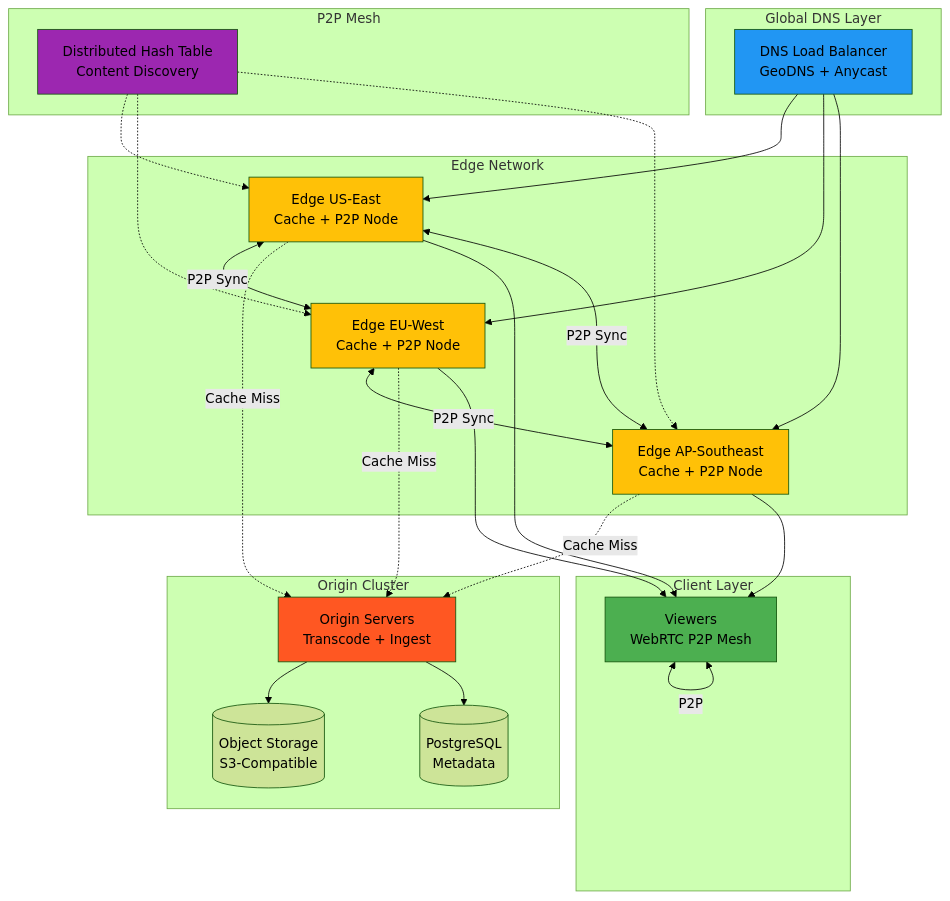
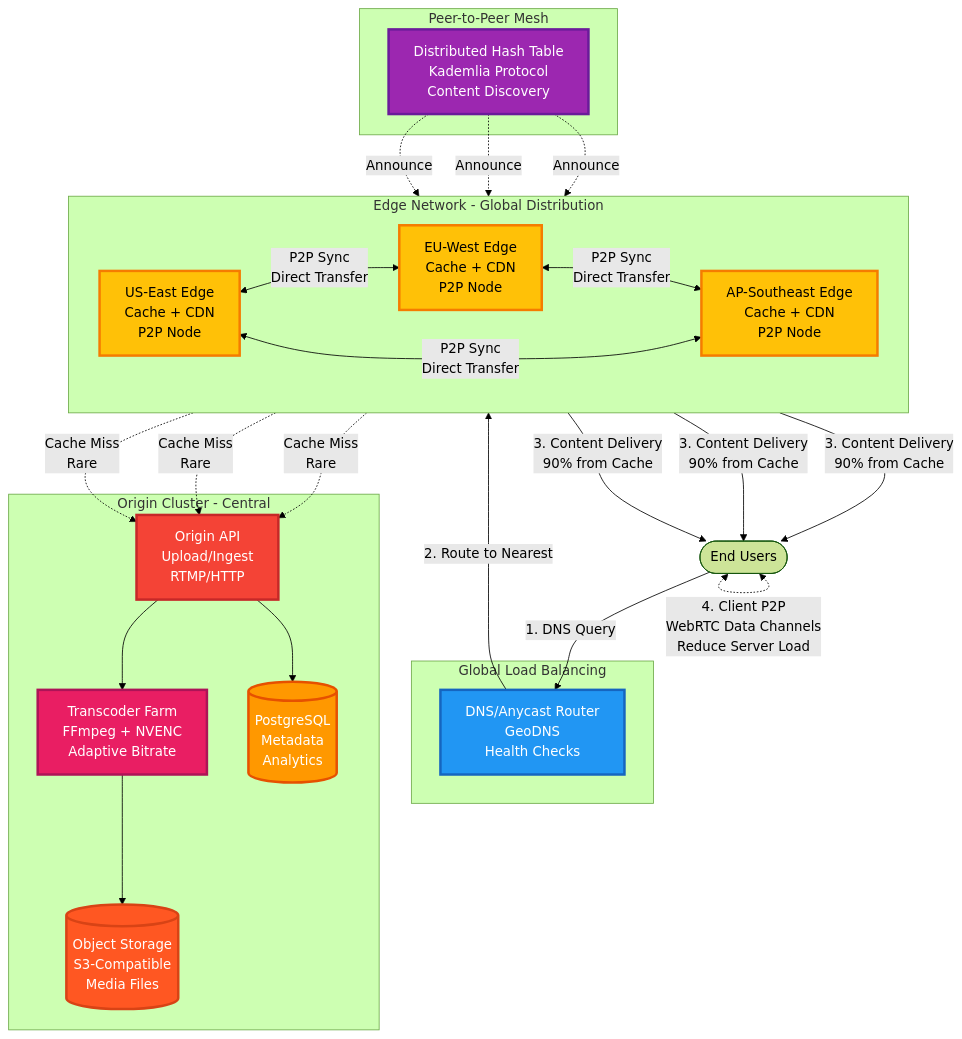
Before and after one commit to Independent-AI-Labs/AMI-STREAMS: the second of 3 diagrams in README.md, drawn with Mermaid (forest theme). The commit also changed other lines of this file, not shown here.

Commit message:
docs: redesign Mermaid diagrams with professional layouts, detailed labels, and clear information architecture

````diff
--- a/README.md
+++ b/README.md
@@ -84,56 +102,95 @@
 ```mermaid
-graph TB
-    subgraph "Global DNS Layer"
-        DNS[DNS Load Balancer<br/>GeoDNS + Anycast]
+flowchart TB
+    Clients([End Users])
+
+    subgraph DNS["Global Load Balancing"]
+        LB["DNS/Anycast Router
+        GeoDNS
+        Health Checks"]
     end
 
-    subgraph "Edge Network"
-        Edge1[Edge US-East<br/>Cache + P2P Node]
-        Edge2[Edge EU-West<br/>Cache + P2P Node]
-        Edge3[Edge AP-Southeast<br/>Cache + P2P Node]
+    subgraph EdgeLayer["Edge Network - Global Distribution"]
+        direction LR
+        EdgeUS["US-East Edge
+        Cache + CDN
+        P2P Node"]
+
+        EdgeEU["EU-West Edge
+        Cache + CDN
+        P2P Node"]
+
+        EdgeAP["AP-Southeast Edge
+        Cache + CDN
+        P2P Node"]
     end
 
-    subgraph "P2P Mesh"
-        DHT[Distributed Hash Table<br/>Content Discovery]
-        Edge1 <-->|P2P Sync| Edge2
-        Edge2 <-->|P2P Sync| Edge3
-        Edge3 <-->|P2P Sync| Edge1
-        DHT -.-> Edge1
-        DHT -.-> Edge2
-        DHT -.-> Edge3
+    subgraph P2P["Peer-to-Peer Mesh"]
+        DHT["Distributed Hash Table
+        Kademlia Protocol
+        Content Discovery"]
+
+        EdgeUS <-->|"P2P Sync
+        Direct Transfer"| EdgeEU
+        EdgeEU <-->|"P2P Sync
+        Direct Transfer"| EdgeAP
+        EdgeAP <-->|"P2P Sync
+        Direct Transfer"| EdgeUS
+
+        DHT -.->|Announce| EdgeUS
+        DHT -.->|Announce| EdgeEU
+        DHT -.->|Announce| EdgeAP
     end
 
-    subgraph "Origin Cluster"
-        Origin[Origin Servers<br/>Transcode + Ingest]
-        Storage[(Object Storage<br/>S3-Compatible)]
-        Metadata[(PostgreSQL<br/>Metadata)]
+    subgraph Origin["Origin Cluster - Central"]
+        OriginAPI["Origin API
+        Upload/Ingest
+        RTMP/HTTP"]
+
+        Transcoder["Transcoder Farm
+        FFmpeg + NVENC
+        Adaptive Bitrate"]
+
+        Storage[("Object Storage
+        S3-Compatible
+        Media Files")]
+
+        MetaDB[("PostgreSQL
+        Metadata
+        Analytics")]
+
+        OriginAPI --> Transcoder
+        Transcoder --> Storage
+        OriginAPI --> MetaDB
     end
 
-    subgraph "Client Layer"
-        Clients[Viewers<br/>WebRTC P2P Mesh]
-    end
+    Clients -->|"1. DNS Query"| LB
+    LB -->|"2. Route to Nearest"| EdgeLayer
 
-    DNS --> Edge1
-    DNS --> Edge2
-    DNS --> Edge3
+    EdgeUS -.->|"Cache Miss
+    Rare"| OriginAPI
+    EdgeEU -.->|"Cache Miss
+    Rare"| OriginAPI
+    EdgeAP -.->|"Cache Miss
+    Rare"| OriginAPI
 
-    Edge1 -.->|Cache Miss| Origin
-    Edge2 -.->|Cache Miss| Origin
-    Edge3 -.->|Cache Miss| Origin
+    EdgeUS -->|"3. Content Delivery
+    90% from Cache"| Clients
+    EdgeEU -->|"3. Content Delivery
+    90% from Cache"| Clients
+    EdgeAP -->|"3. Content Delivery
+    90% from Cache"| Clients
 
-    Origin --> Storage
-    Origin --> Metadata
+    Clients <-.->|"4. Client P2P
+    WebRTC Data Channels
+    Reduce Server Load"| Clients
 
-    Edge1 --> Clients
-    Edge2 --> Clients
-    Edge3 --> Clients
-    Clients <-->|P2P| Clients
-
-    style DNS fill:#2196F3
-    style Edge1 fill:#FFC107
-    style Edge2 fill:#FFC107
-    style Edge3 fill:#FFC107
-    style DHT fill:#9C27B0
-    style Origin fill:#FF5722
-    style Clients fill:#4CAF50
+    style LB fill:#2196F3,stroke:#1565C0,stroke-width:3px,color:#fff
+    style EdgeUS fill:#FFC107,stroke:#F57C00,stroke-width:3px,color:#000
+    style EdgeEU fill:#FFC107,stroke:#F57C00,stroke-width:3px,color:#000
+    style EdgeAP fill:#FFC107,stroke:#F57C00,stroke-width:3px,color:#000
+    style DHT fill:#9C27B0,stroke:#6A1B9A,stroke-width:3px,color:#fff
+    style OriginAPI fill:#F44336,stroke:#C62828,stroke-width:3px,color:#fff
+    style Transcoder fill:#E91E63,stroke:#AD1457,stroke-width:3px,color:#fff
+    style Storage fill:#FF5722,stroke:#D84315,stroke-width:3px,color:#fff
+    style MetaDB fill:#FF9800,stroke:#E65100,stroke-width:3px,color:#fff
 ```
````
